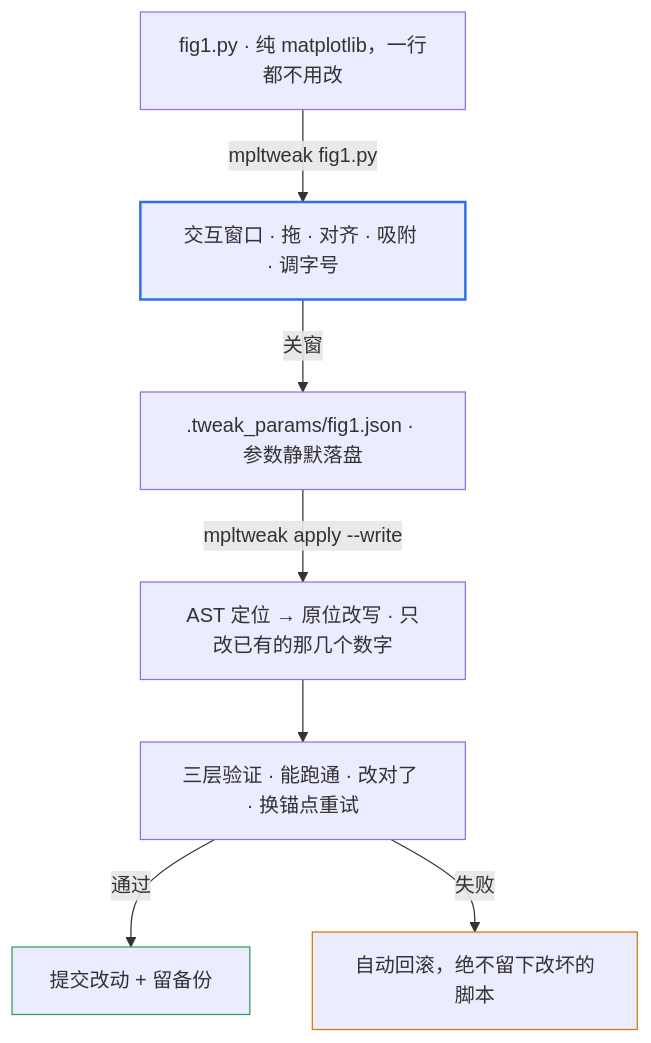
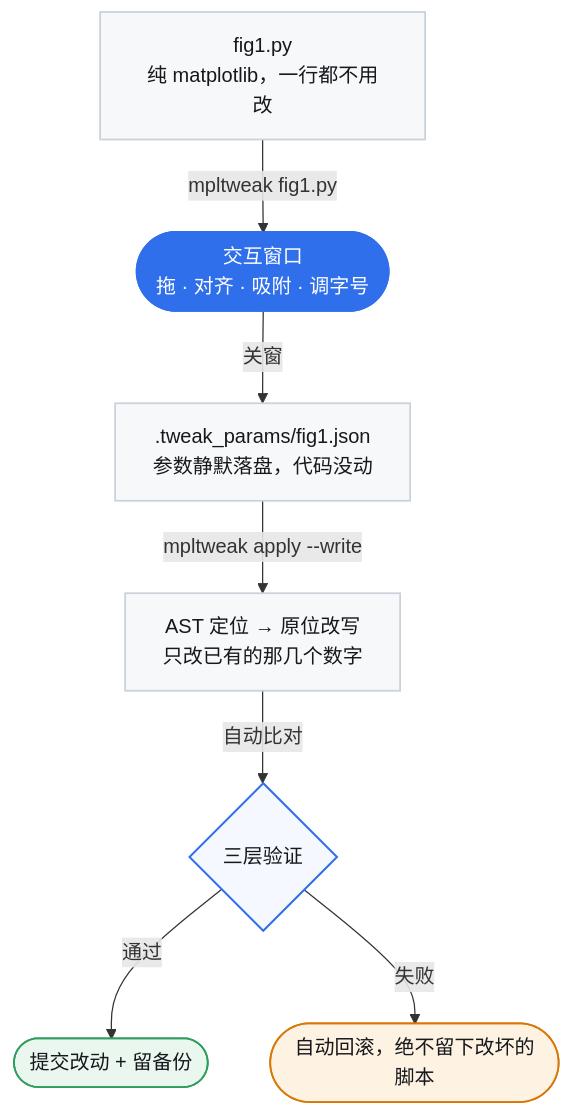
The diagram in README.md (shdbl/mpltweak), drawn with Mermaid before and after one commit. The commit also changed other lines of this file and 2 other files, not shown here.

Commit message:
feat(0.1.1): make PyQt5 a default dependency; docs: semantic colored Mermaid workflow

````diff
--- a/README.md
+++ b/README.md
@@ -54,19 +54,23 @@
 ```mermaid
 flowchart TD
-    A["fig1.py · 纯 matplotlib，一行都不用改"]
-    B["交互窗口 · 拖 · 对齐 · 吸附 · 调字号"]
-    C[".tweak_params/fig1.json · 参数静默落盘"]
-    D["AST 定位 → 原位改写 · 只改已有的那几个数字"]
-    E["三层验证 · 能跑通 · 改对了 · 换锚点重试"]
+    A["fig1.py<br/>纯 matplotlib，一行都不用改"]:::script
+    B(["交互窗口<br/>拖 · 对齐 · 吸附 · 调字号"]):::win
+    C[".tweak_params/fig1.json<br/>参数静默落盘，代码没动"]:::script
+    D["AST 定位 → 原位改写<br/>只改已有的那几个数字"]:::script
+    E{"三层验证"}:::check
+    F(["提交改动 + 留备份"]):::ok
+    G(["自动回滚，绝不留下改坏的脚本"]):::bad
 
     A -->|mpltweak fig1.py| B
     B -->|关窗| C
     C -->|mpltweak apply --write| D
-    D --> E
-    E -->|通过| F["提交改动 + 留备份"]
-    E -->|失败| G["自动回滚，绝不留下改坏的脚本"]
+    D -->|自动比对| E
+    E -->|通过| F
+    E -->|失败| G
 
-    style B stroke:#2F6FEB,stroke-width:2px
-    style F stroke:#2E9E5B
-    style G stroke:#D97706
+    classDef script fill:#F7F8FA,stroke:#C9D1DB,stroke-width:1.4px,color:#16181D
+    classDef win fill:#2F6FEB,stroke:#2F6FEB,stroke-width:1.6px,color:#FFFFFF
+    classDef check fill:#F5F8FF,stroke:#2F6FEB,stroke-width:1.6px,color:#16181D
+    classDef ok fill:#EAF7EF,stroke:#2E9E5B,stroke-width:1.4px,color:#16181D
+    classDef bad fill:#FEF3E2,stroke:#D97706,stroke-width:1.4px,color:#16181D
 ```
````
